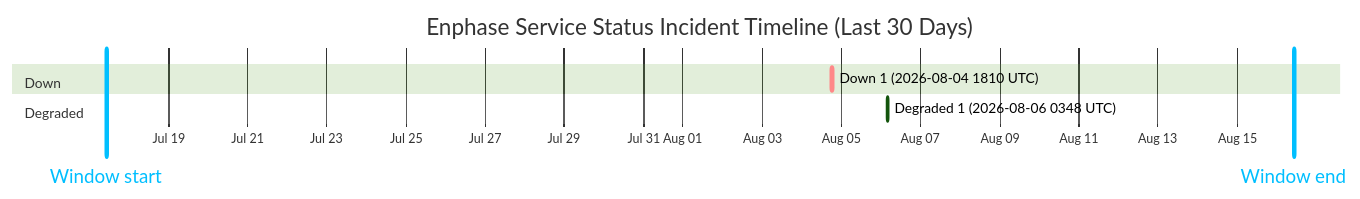
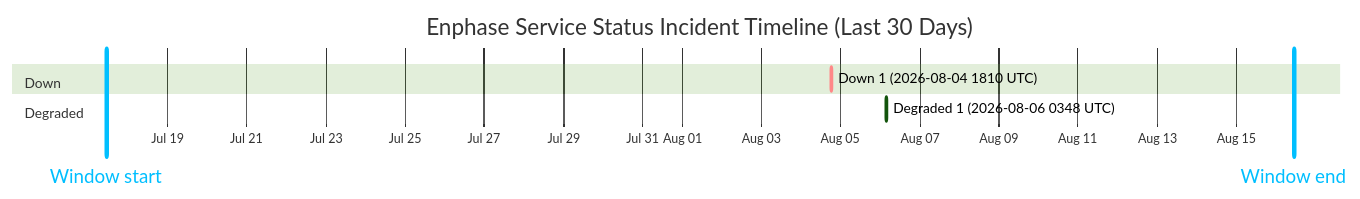
Before and after one commit to barneyonline/ha-enphase-energy: the diagram in wiki/Service-Status-History.md, drawn with Mermaid (forest theme). The commit also changed other lines of this file and 3 other files, not shown here.

````diff
--- a/wiki/Service-Status-History.md
+++ b/wiki/Service-Status-History.md
@@ -14,12 +14,12 @@
 ```mermaid
 gantt
     title Enphase Service Status Incident Timeline (Last 30 Days)
     dateFormat  YYYY-MM-DDTHH:mm:ss
     axisFormat  %b %d
-    Window start :vert, window-start, 2026-07-17T10:20:15, 0ms
-    Window end :vert, window-end, 2026-08-16T10:20:15, 0ms
+    Window start :vert, window-start, 2026-07-17T10:47:54, 0ms
+    Window end :vert, window-end, 2026-08-16T10:47:54, 0ms
     section Down
     Down 1 (2026-08-04 1810 UTC) :crit, down-1, 2026-08-04T18:10:46, 60m
     section Degraded
     Degraded 1 (2026-08-06 0348 UTC) :active, degraded-1, 2026-08-06T03:48:14, 60m
 ```
````
